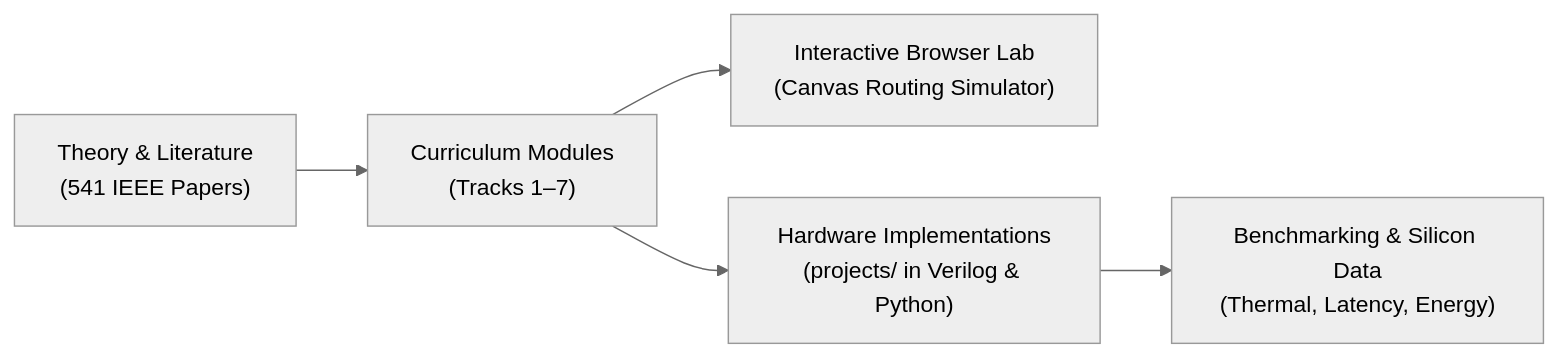
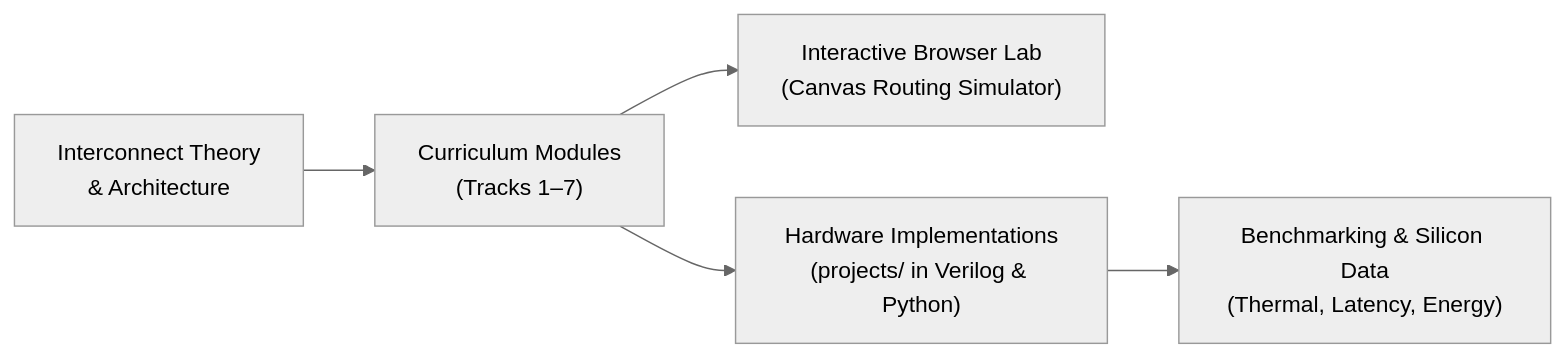
One commit to network-on-chip/learning changed the diagram in docs/index.md. Above: the diagram before and after it, drawn with Mermaid (neutral theme). The commit also changed other lines of this file and 10 other files, not shown here.

````diff
--- a/docs/index.md
+++ b/docs/index.md
@@ -474,7 +474,7 @@
 ```mermaid
 graph LR
-  A["Theory & Literature<br/>(541 IEEE Papers)"] --> B["Curriculum Modules<br/>(Tracks 1–7)"]
+  A["Interconnect Theory<br/>& Architecture"] --> B["Curriculum Modules<br/>(Tracks 1–7)"]
   B --> C["Interactive Browser Lab<br/>(Canvas Routing Simulator)"]
   B --> D["Hardware Implementations<br/>(projects/ in Verilog & Python)"]
   D --> E["Benchmarking & Silicon Data<br/>(Thermal, Latency, Energy)"]
 ```
````
